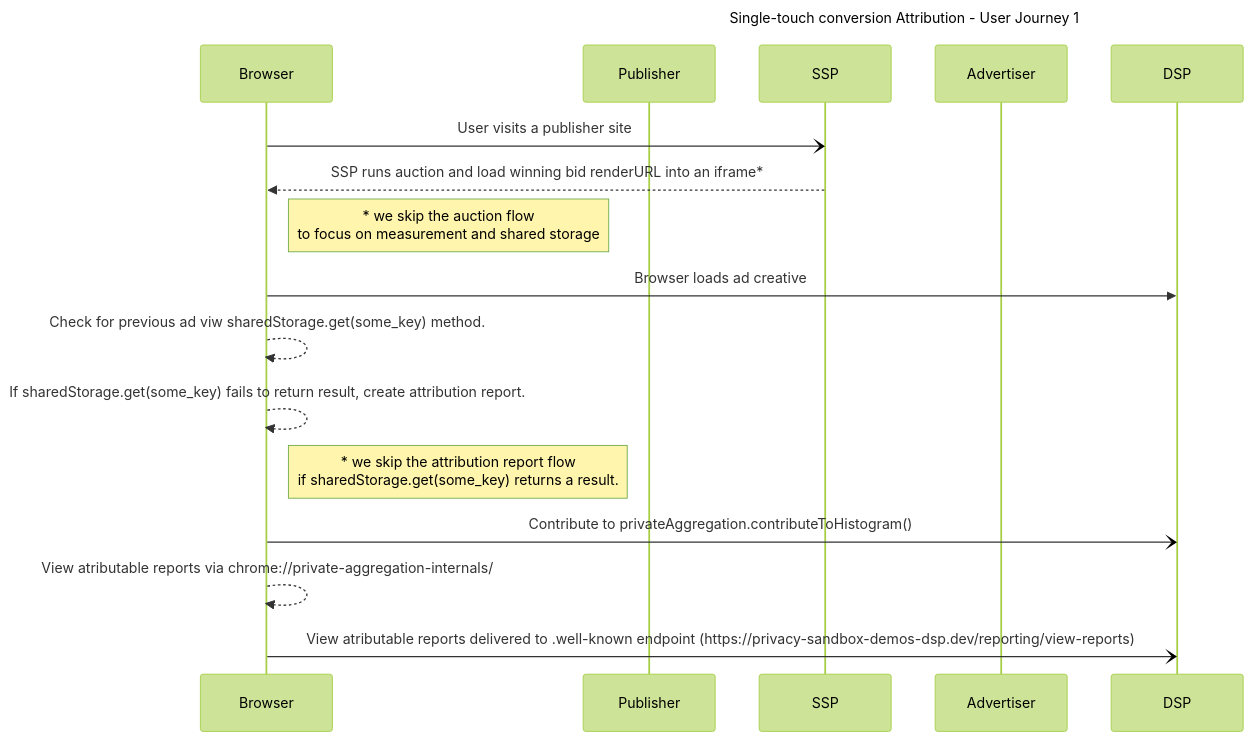
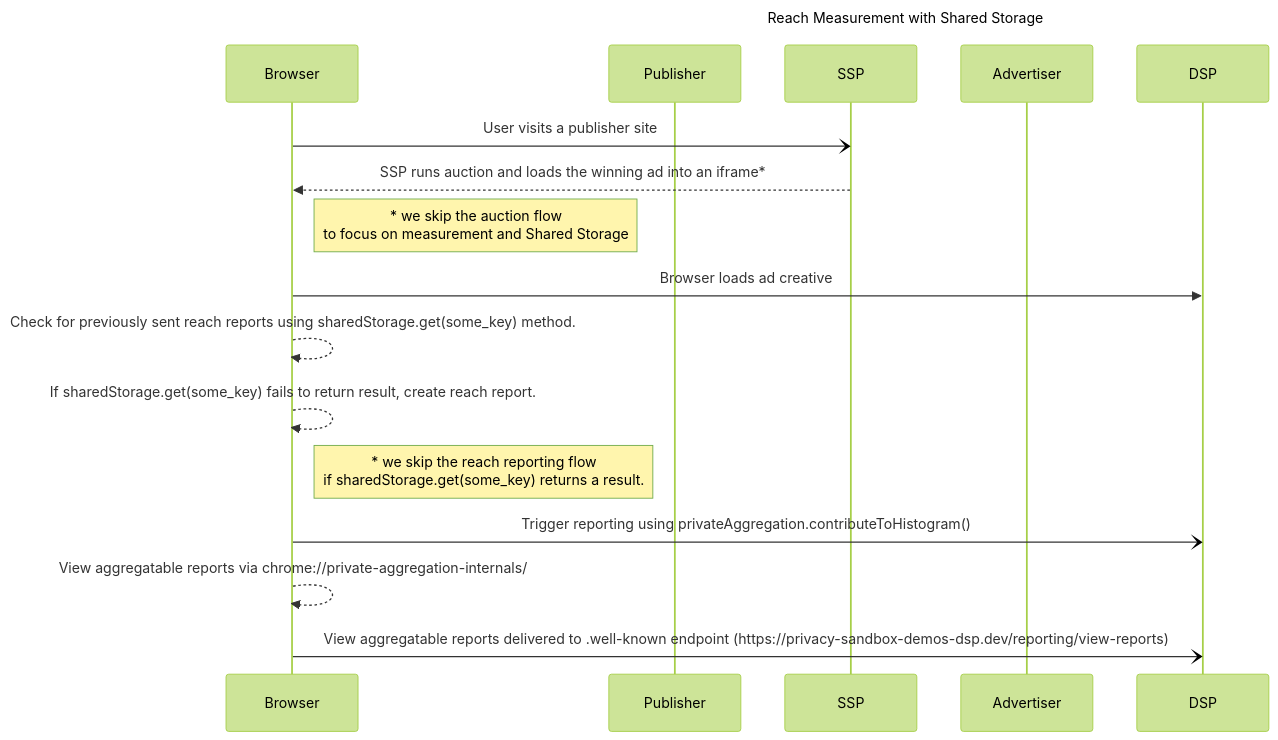
Before and after one commit to privacysandbox/privacy-sandbox-demos: the diagram in services/home/docs/demos/reach-measurement-with-shared-storage.md, drawn with Mermaid (forest theme). The commit also changed other lines of this file, not shown here.

````diff
--- a/services/home/docs/demos/reach-measurement-with-shared-storage.md
+++ b/services/home/docs/demos/reach-measurement-with-shared-storage.md
@@ -63,33 +69,33 @@
 ```mermaid
 
 sequenceDiagram
-Title: Single-touch conversion Attribution - User Journey 1
+Title: Reach Measurement with Shared Storage
 
 participant Browser
 participant Publisher
 participant SSP
 participant Advertiser
 participant DSP
 
 Browser-)SSP:User visits a publisher site
-SSP-->>Browser: SSP runs auction and load winning bid renderURL into an iframe*
+SSP-->>Browser: SSP runs auction and loads the winning ad into an iframe*
 
-Note right of Browser:* we skip the auction flow<br/> to focus on measurement and shared storage
+Note right of Browser:* we skip the auction flow<br/> to focus on measurement and Shared Storage
 
 Browser->>DSP:Browser loads ad creative
 
-Browser-->>Browser:Check for previous ad viw sharedStorage.get(some_key) method.
+Browser-->>Browser:Check for previously sent reach reports using sharedStorage.get(some_key) method.
 
-Browser-->>Browser:If sharedStorage.get(some_key) fails to return result, create attribution report.
+Browser-->>Browser:If sharedStorage.get(some_key) fails to return result, create reach report.
 
-Note right of Browser:* we skip the attribution report flow<br/> if sharedStorage.get(some_key) returns a result.
+Note right of Browser:* we skip the reach reporting flow<br/> if sharedStorage.get(some_key) returns a result.
 
-Browser-)DSP: Contribute to privateAggregation.contributeToHistogram()
+Browser-)DSP: Trigger reporting using privateAggregation.contributeToHistogram()
 
-Browser-->>Browser: View atributable reports via chrome://private-aggregation-internals/
+Browser-->>Browser: View aggregatable reports via chrome://private-aggregation-internals/
 
-Browser-)DSP: View atributable reports delivered to .well-known endpoint (https://privacy-sandbox-demos-dsp.dev/reporting/view-reports)
+Browser-)DSP: View aggregatable reports delivered to .well-known endpoint (https://privacy-sandbox-demos-dsp.dev/reporting/view-reports)
 
 
 
 ```
````
